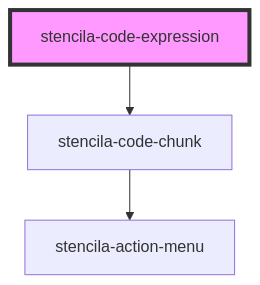
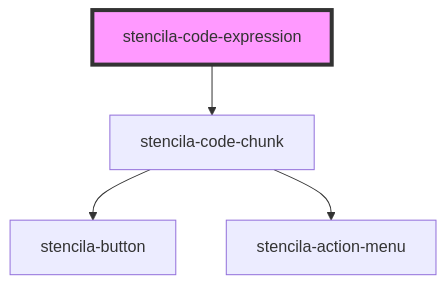
Before and after one commit to stencila/designa: the diagram in packages/components/src/components/codeExpression/readme.md, drawn with Mermaid. The commit also changed 13 other files, not shown here.

````diff
--- a/packages/components/src/components/codeExpression/readme.md
+++ b/packages/components/src/components/codeExpression/readme.md
@@ -13,6 +13,7 @@
 ```mermaid
 graph TD;
   stencila-code-expression --> stencila-code-chunk
+  stencila-code-chunk --> stencila-button
   stencila-code-chunk --> stencila-action-menu
   style stencila-code-expression fill:#f9f,stroke:#333,stroke-width:4px
 ```
````
